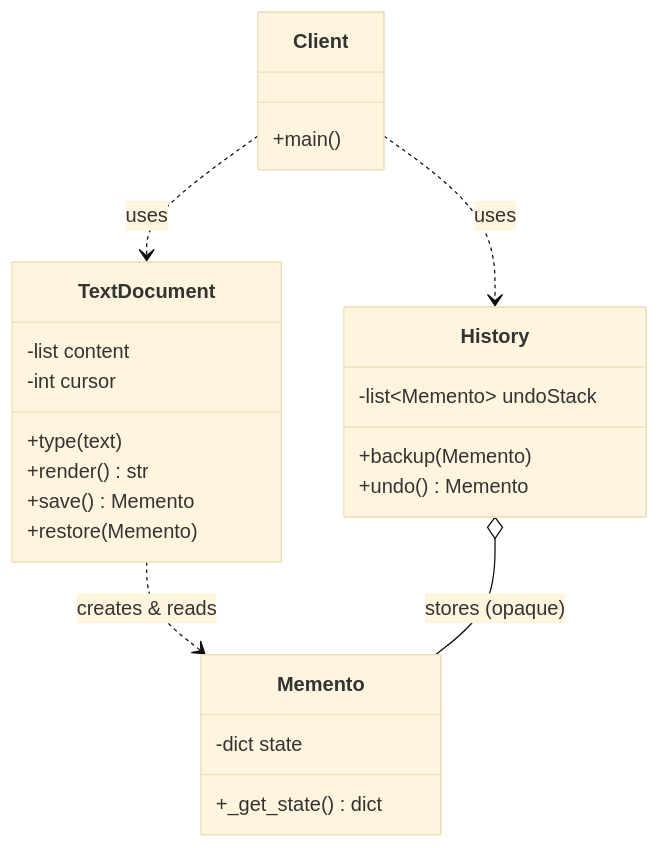
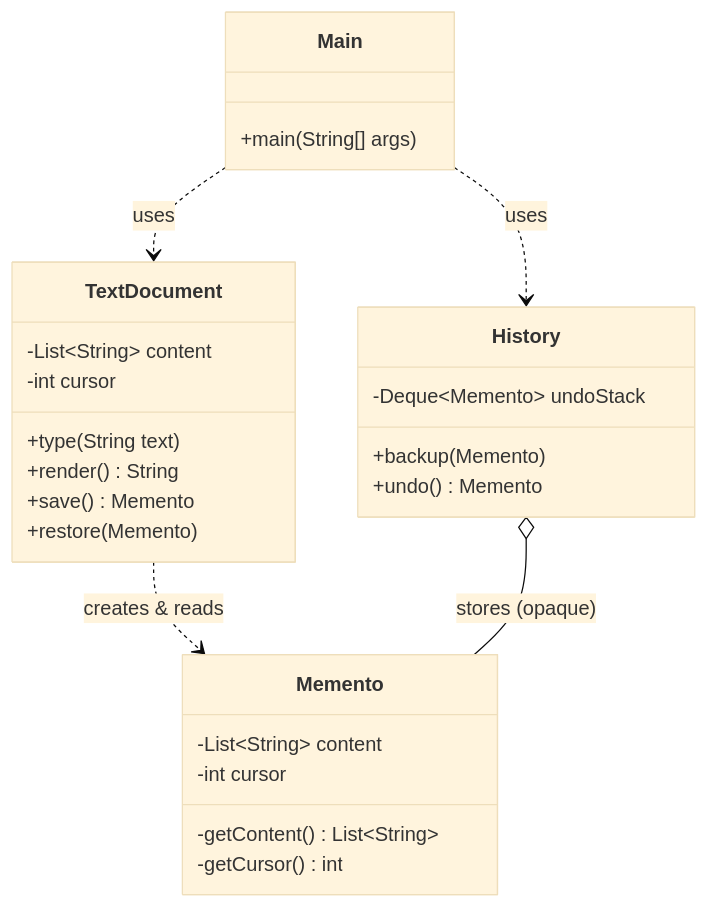
The diagram in 06-lld/03-design-patterns/03-behavioral/memento-pattern.md (nishchalnishant/SystemDesign), drawn with Mermaid (base theme) before and after one commit. The commit also changed other lines of this file and 72 other files, not shown here.

````diff
--- a/06-lld/03-design-patterns/03-behavioral/memento-pattern.md
+++ b/06-lld/03-design-patterns/03-behavioral/memento-pattern.md
@@ -263,31 +294,33 @@
 ```mermaid
 classDiagram
     class TextDocument {
-        -list content
+        -List~String~ content
         -int cursor
-        +type(text)
-        +render() str
+        +type(String text)
+        +render() String
         +save() Memento
         +restore(Memento)
     }
 
     class Memento {
-        -dict state
-        +_get_state() dict
+        -List~String~ content
+        -int cursor
+        -getContent() List~String~
+        -getCursor() int
     }
 
     class History {
-        -list~Memento~ undoStack
+        -Deque~Memento~ undoStack
         +backup(Memento)
         +undo() Memento
     }
 
-    class Client {
-        +main()
+    class Main {
+        +main(String[] args)
     }
 
     TextDocument ..> Memento : creates & reads
     History o-- Memento : stores (opaque)
-    Client ..> TextDocument : uses
-    Client ..> History : uses
+    Main ..> TextDocument : uses
+    Main ..> History : uses
 ```
````
